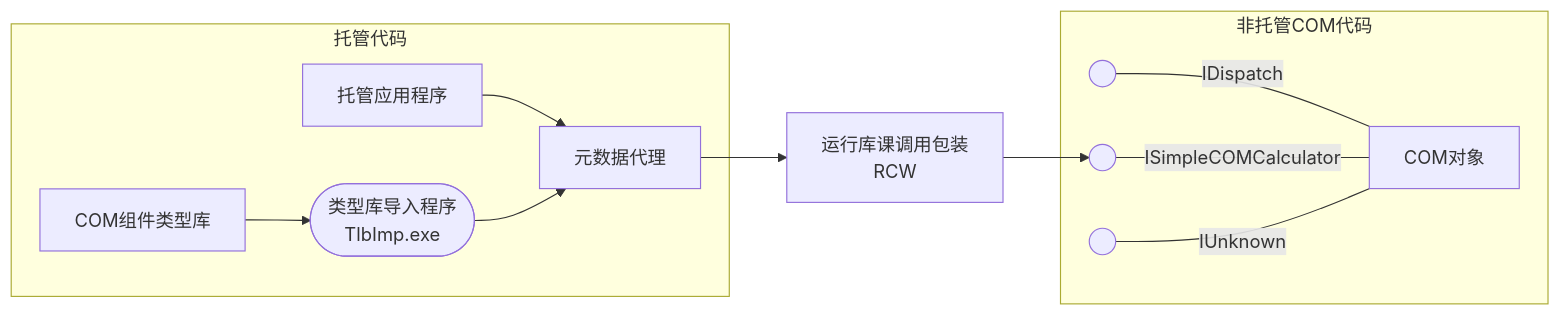
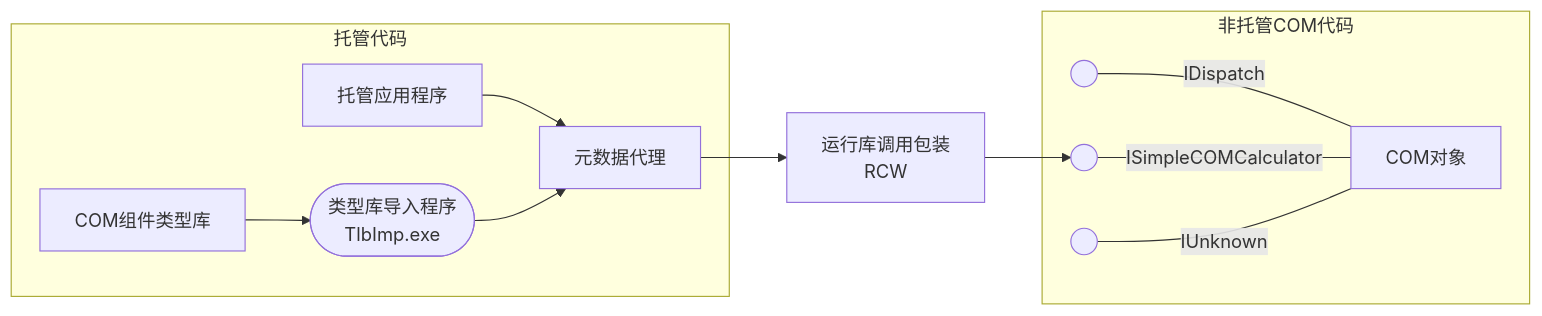
Before and after one commit to Poker-sang/Poker-sang.github.io: the third of 3 diagrams in source/_posts/CSharp与C++代码的互操作方式.md, drawn with Mermaid.

```diff
--- a/source/_posts/CSharp与C++代码的互操作方式.md
+++ b/source/_posts/CSharp与C++代码的互操作方式.md
@@ -107,21 +107,21 @@
 {% mermaid %}
 flowchart LR
     X--IDispatch---F
     Y--ISimpleCOMCalculator---F
     Z--IUnknown---F
     A-->B
     C-->D-->B-->E-->Y
     subgraph 托管代码
         A[托管应用程序]
         B[元数据代理]
         C[COM组件类型库]
         D([类型库导入程序<br/>TlbImp.exe])
     end
-    E[运行库课调用包装<br/>RCW]
+    E[运行库调用包装<br/>RCW]
     subgraph 非托管COM代码
         F[COM对象]
         X((&ensp;))
         Y((&ensp;))
         Z((&ensp;))
     end
 {% endmermaid %}
```
